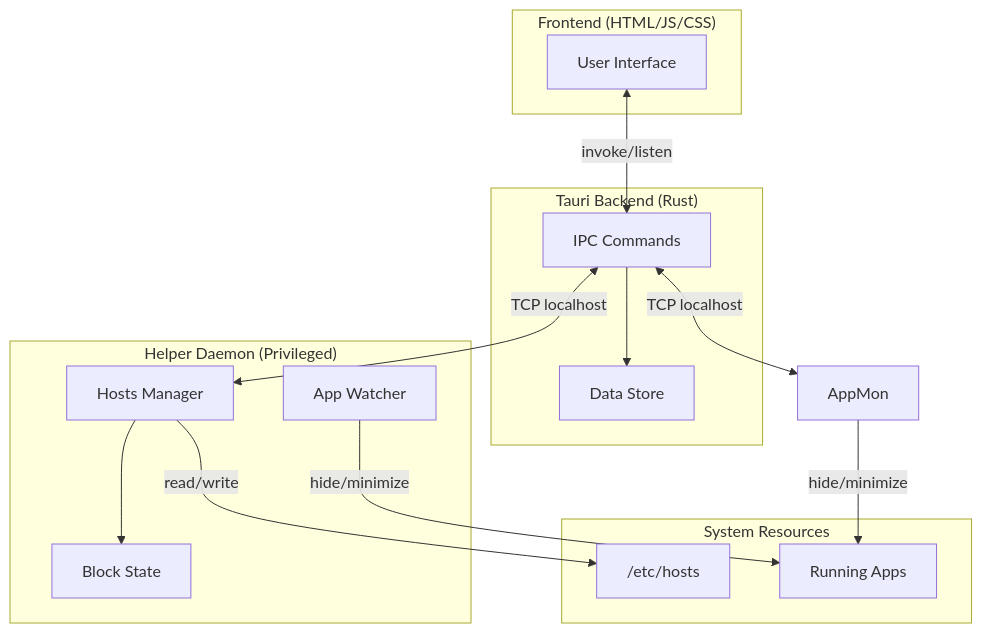
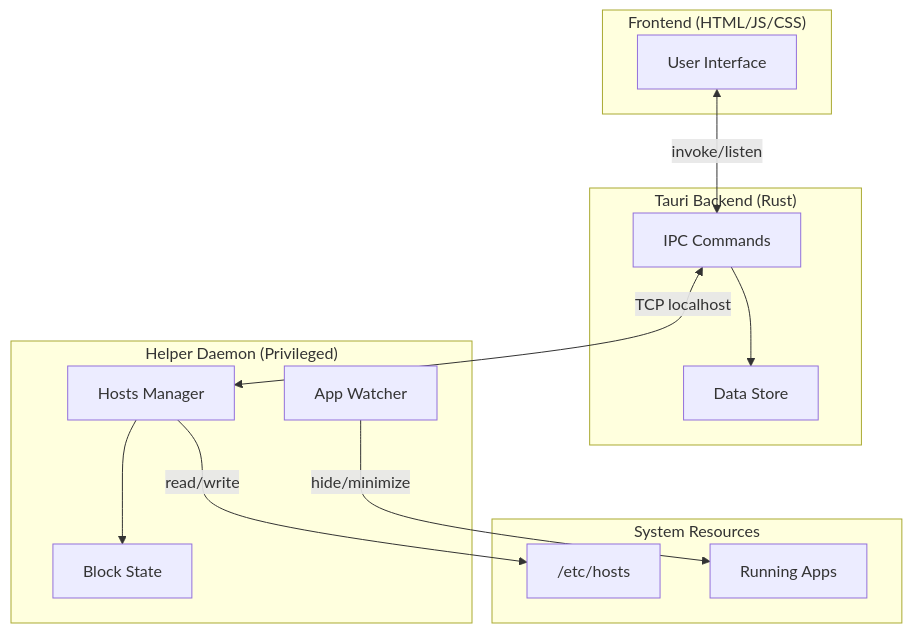
The first of 2 diagrams in README.md (kasnder/redd-block), drawn with Mermaid before and after one commit.

Commit message:
clean up diagram

````diff
--- a/README.md
+++ b/README.md
@@ -25,31 +25,29 @@
 ```mermaid
 flowchart TB
     subgraph Frontend["Frontend (HTML/JS/CSS)"]
         UI[User Interface]
     end
 
     subgraph Tauri["Tauri Backend (Rust)"]
         IPC[IPC Commands]
         Data[Data Store]
     end
 
     subgraph Helper["Helper Daemon (Privileged)"]
         HostsMgr[Hosts Manager]
         AppWatcher[App Watcher]
         State[Block State]
     end
 
     subgraph System["System Resources"]
         Hosts["/etc/hosts"]
         Apps[Running Apps]
     end
 
     UI <-->|invoke/listen| IPC
     IPC <-->|TCP localhost| HostsMgr
-    IPC <-->|TCP localhost| AppMon
     IPC --> Data
-    AppMon -->|hide/minimize| Apps
     HostsMgr -->|read/write| Hosts
     HostsMgr --> State
     AppWatcher -->|hide/minimize| Apps
 ```
````
